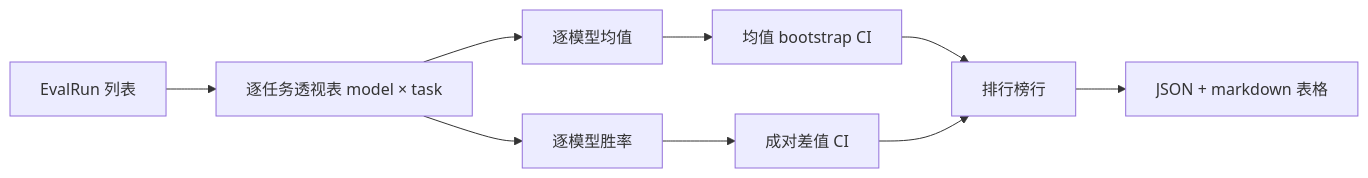
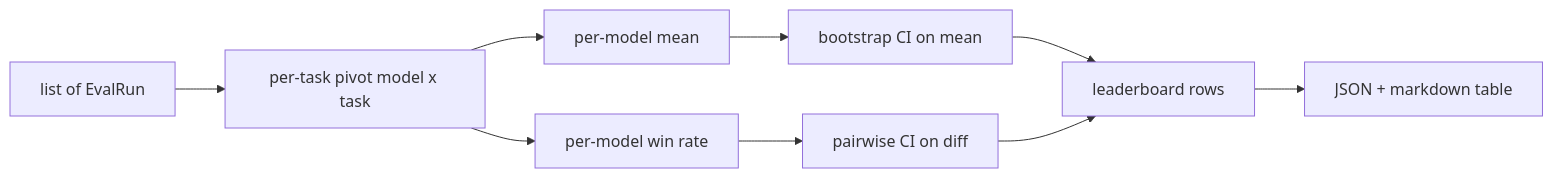
Before and after one commit to xiaojiaenen/ai-engineering-from-scratch-zh: the first of 2 diagrams in i18n/zh/phases/19-capstone-projects/74-leaderboard-aggregation/docs/zh.md, drawn with Mermaid. The commit also changed other lines of this file and 85 other files, not shown here.

````diff
--- a/i18n/zh/phases/19-capstone-projects/74-leaderboard-aggregation/docs/zh.md
+++ b/i18n/zh/phases/19-capstone-projects/74-leaderboard-aggregation/docs/zh.md
@@ -42,11 +42,11 @@
 ```mermaid
 flowchart LR
-    A[EvalRun 列表] --> B[逐任务透视表 model × task]
-    B --> C[逐模型均值]
-    B --> D[逐模型胜率]
-    C --> E[均值 bootstrap CI]
-    D --> F[成对差值 CI]
-    E --> G[排行榜行]
+    A[list of EvalRun] --> B[per-task pivot model x task]
+    B --> C[per-model mean]
+    B --> D[per-model win rate]
+    C --> E[bootstrap CI on mean]
+    D --> F[pairwise CI on diff]
+    E --> G[leaderboard rows]
     F --> G
-    G --> H[JSON + markdown 表格]
+    G --> H[JSON + markdown table]
 ```
````
